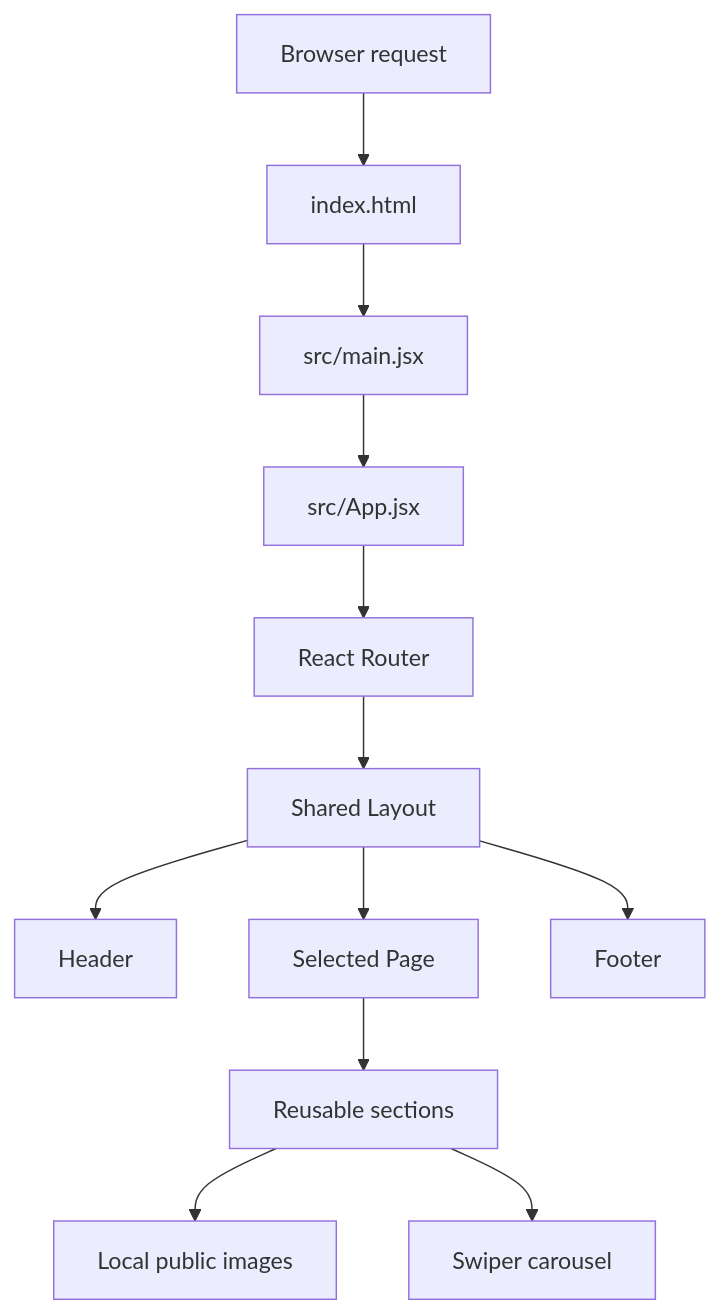
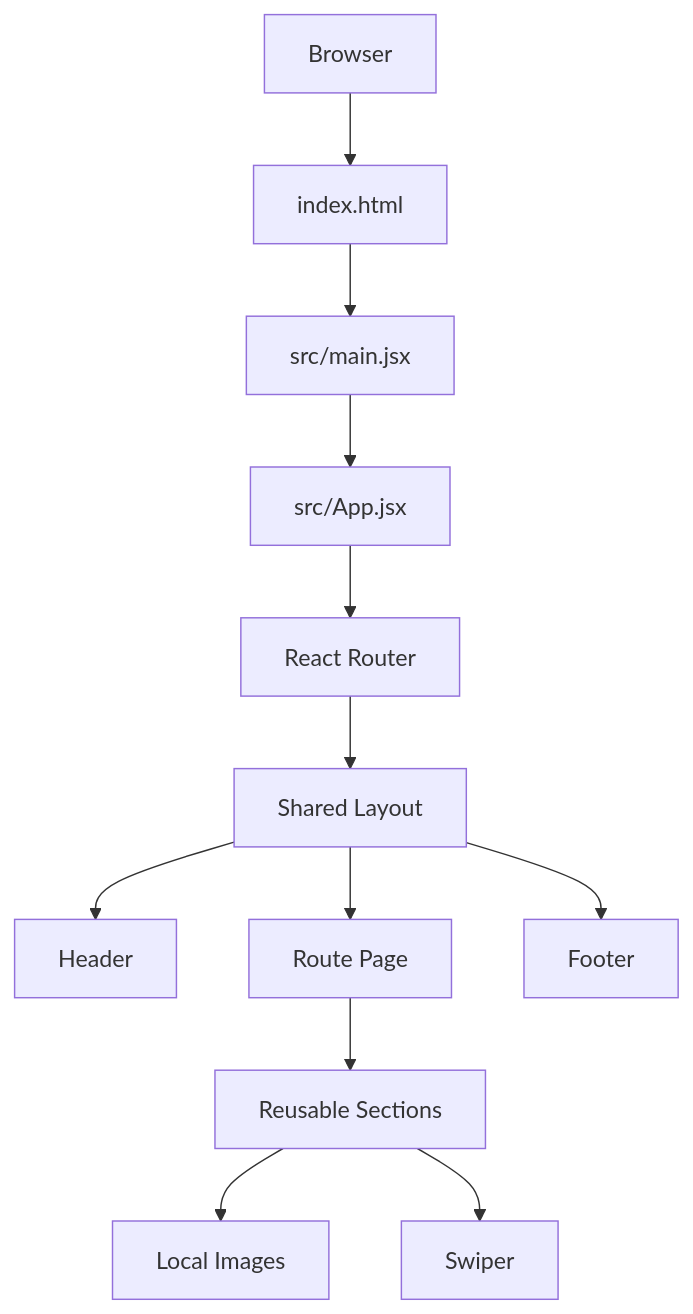
Before and after one commit to Brajesh31/Cake-Shop: the diagram in README.md, drawn with Mermaid. The commit also changed other lines of this file, not shown here.

````diff
--- a/README.md
+++ b/README.md
@@ -95,14 +78,14 @@
 ```mermaid
 flowchart TD
-    A[Browser request] --> B[index.html]
-    B --> C[src/main.jsx]
-    C --> D[src/App.jsx]
-    D --> E[React Router]
-    E --> F[Shared Layout]
-    F --> G[Header]
-    F --> H[Selected Page]
-    F --> I[Footer]
-    H --> J[Reusable sections]
-    J --> K[Local public images]
-    J --> L[Swiper carousel]
+  A[Browser] --> B[index.html]
+  B --> C[src/main.jsx]
+  C --> D[src/App.jsx]
+  D --> E[React Router]
+  E --> F[Shared Layout]
+  F --> G[Header]
+  F --> H[Route Page]
+  F --> I[Footer]
+  H --> J[Reusable Sections]
+  J --> K[Local Images]
+  J --> L[Swiper]
 ```
````
